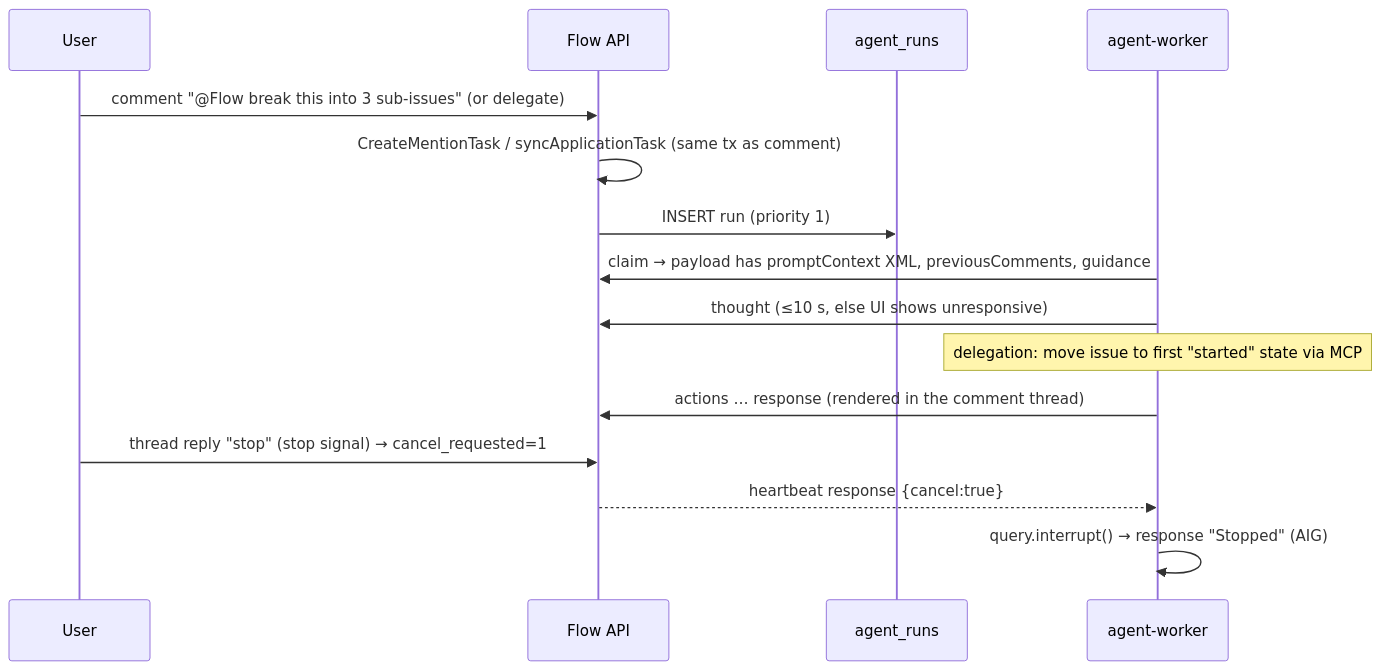
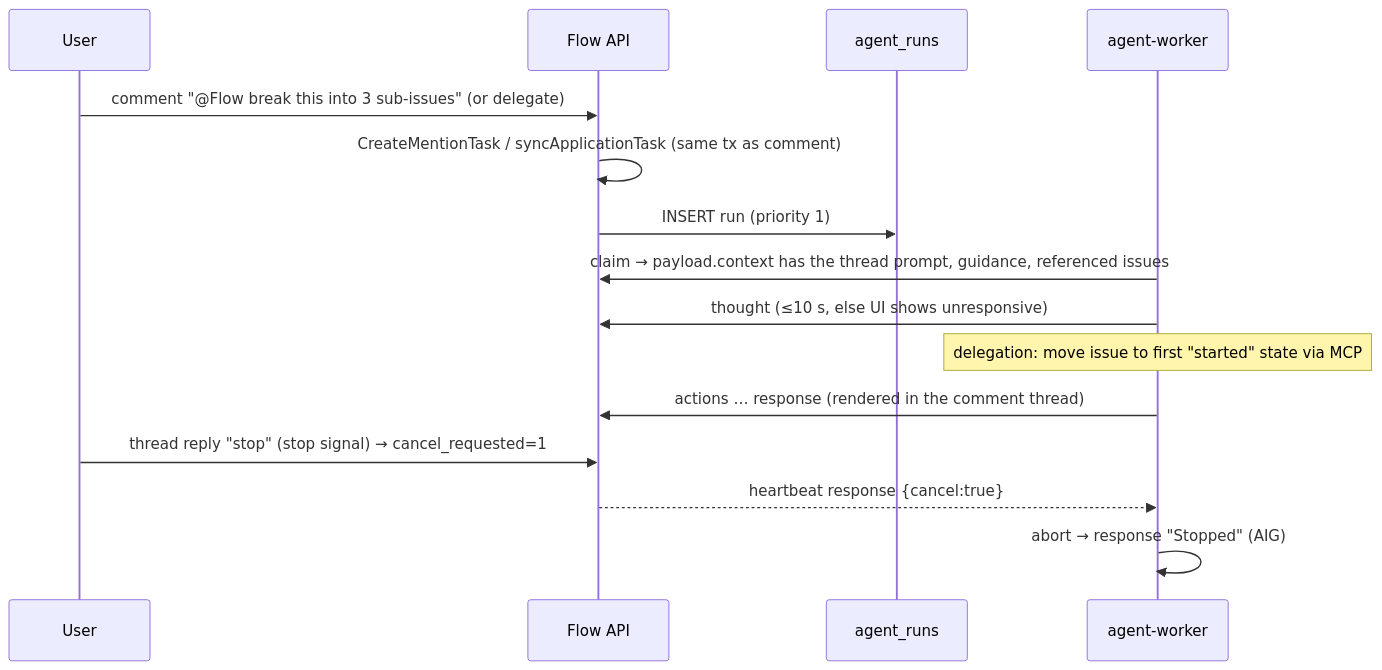
The third of 7 diagrams in docs/agent-runtime-design.md (leozhengliu-pixel/flow), drawn with Mermaid before and after one commit. The commit also changed other lines of this file and 32 other files, not shown here.

````diff
--- a/docs/agent-runtime-design.md
+++ b/docs/agent-runtime-design.md
@@ -285,17 +241,17 @@
 ```mermaid
 sequenceDiagram
   participant U as User
   participant A as Flow API
   participant Q as agent_runs
   participant W as agent-worker
   U->>A: comment "@Flow break this into 3 sub-issues" (or delegate)
   A->>A: CreateMentionTask / syncApplicationTask (same tx as comment)
   A->>Q: INSERT run (priority 1)
-  W->>A: claim → payload has promptContext XML, previousComments, guidance
+  W->>A: claim → payload.context has the thread prompt, guidance, referenced issues
   W->>A: thought (≤10 s, else UI shows unresponsive)
   Note over W: delegation: move issue to first "started" state via MCP
   W->>A: actions … response (rendered in the comment thread)
   U->>A: thread reply "stop" (stop signal) → cancel_requested=1
   A-->>W: heartbeat response {cancel:true}
-  W->>W: query.interrupt() → response "Stopped" (AIG)
+  W->>W: abort → response "Stopped" (AIG)
 ```
````
